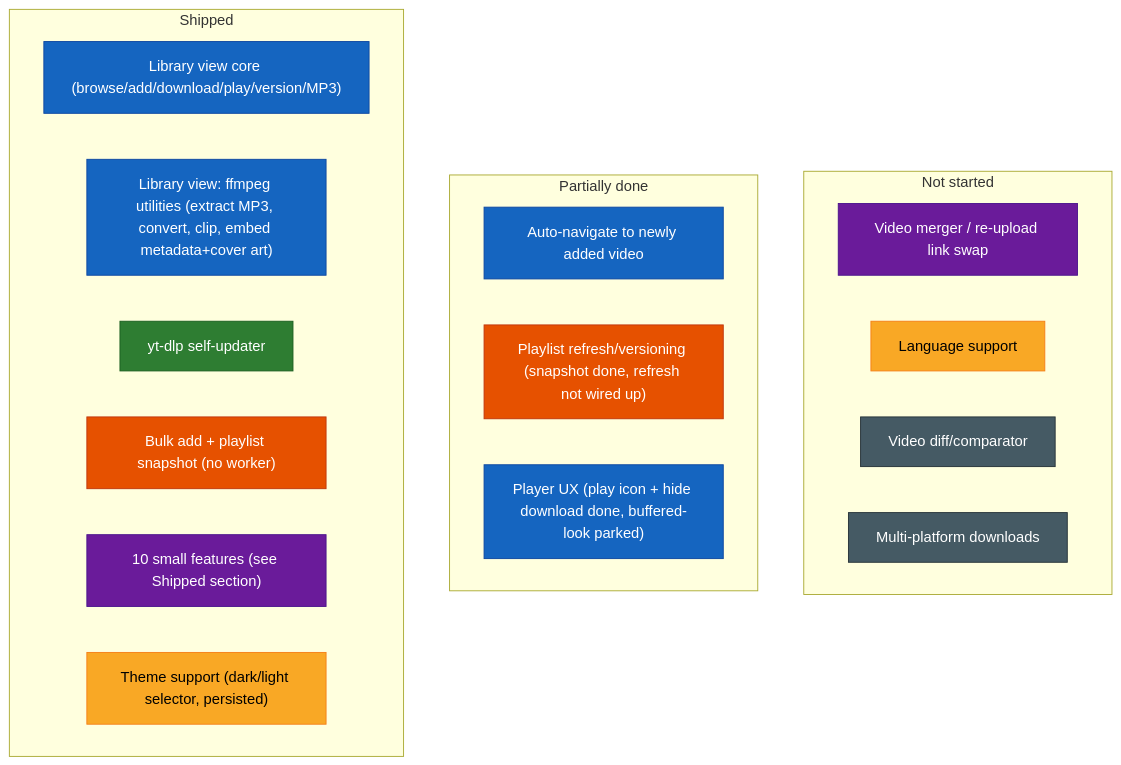
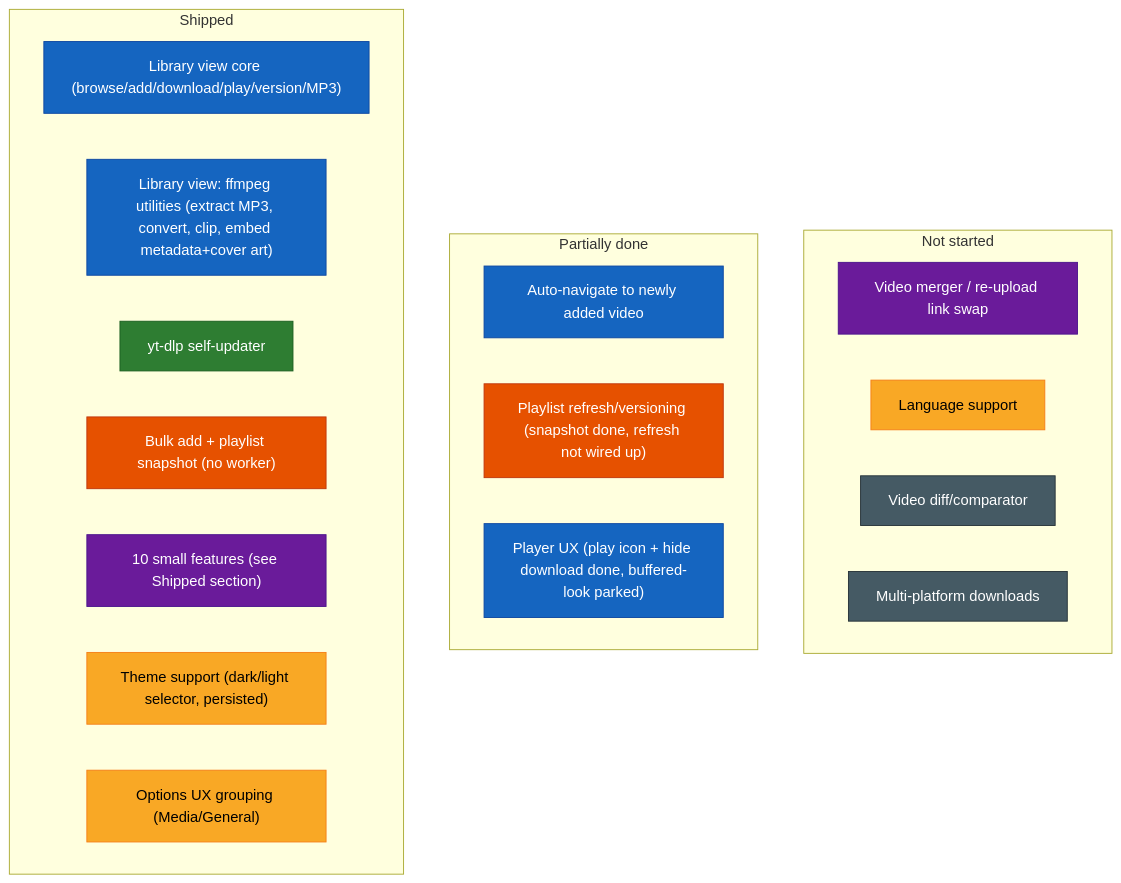
The diagram in futureSpecsFeedback.md (SlothSoftworks/Sloth-Archiver), drawn with Mermaid before and after one commit. The commit also changed other lines of this file and 2 other files, not shown here.

First line of the commit message:
feat: group Options tab into Media Options / General Options

````diff
--- a/futureSpecsFeedback.md
+++ b/futureSpecsFeedback.md
@@ -35,43 +35,44 @@
 ```mermaid
 flowchart LR
     classDef library fill:#1565c0,stroke:#0d47a1,color:#fff
     classDef updater fill:#2e7d32,stroke:#1b5e20,color:#fff
     classDef playlist fill:#e65100,stroke:#bf360c,color:#fff
     classDef smallfeat fill:#6a1b9a,stroke:#4a148c,color:#fff
     classDef qol fill:#f9a825,stroke:#f57f17,color:#000
     classDef longshot fill:#455a64,stroke:#263238,color:#fff
 
     subgraph DONE["Shipped"]
         direction LR
         d1["Library view core (browse/add/download/play/version/MP3)"]
         d1b["Library view: ffmpeg utilities (extract MP3, convert, clip, embed metadata+cover art)"]
         d2["yt-dlp self-updater"]
         d3["Bulk add + playlist snapshot (no worker)"]
         d4["10 small features (see Shipped section)"]
         d5["Theme support (dark/light selector, persisted)"]
+        d6["Options UX grouping (Media/General)"]
     end
 
     subgraph PARTIAL["Partially done"]
         direction LR
         p1["Auto-navigate to newly added video"]
         p2["Playlist refresh/versioning (snapshot done, refresh not wired up)"]
         p3["Player UX (play icon + hide download done, buffered-look parked)"]
     end
 
     subgraph TODO["Not started"]
         direction LR
         t1["Video merger / re-upload link swap"]
         t6["Language support"]
         t7["Video diff/comparator"]
         t8["Multi-platform downloads"]
     end
 
     DONE ~~~ PARTIAL ~~~ TODO
 
     class d1,d1b,p1,p3 library
     class d2 updater
     class d3,p2 playlist
     class d4,t1 smallfeat
-    class d5,t6 qol
+    class d5,d6,t6 qol
     class t7,t8 longshot
 ```
````
